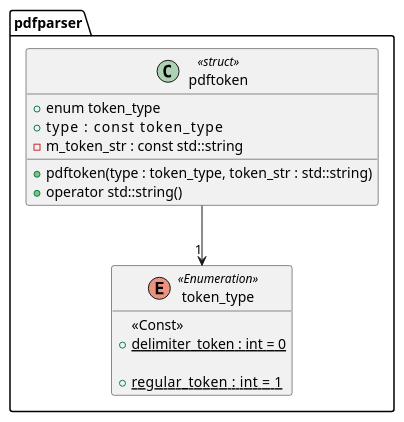
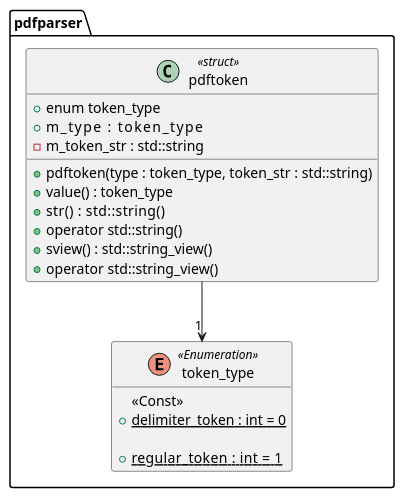
The diagram in document/pdftoken.class.pu (KodaiYM/PDFReader), drawn with PlantUML before and after one commit.

Commit message:
トークンクラス(pdftoken)の機能追加

```diff
--- a/document/pdftoken.class.pu
+++ b/document/pdftoken.class.pu
@@ -1,20 +1,24 @@
 @startuml token_types
 hide empty members
 namespace pdfparser {
 enum token_type <<Enumeration>> {
 	<<Const>>
 	+{static} delimiter_token : int = 0
 
 	' A token comprised of a sequence of consecutive regular characters
 	+{static} regular_token   : int = 1
 }
 class pdftoken <<struct>> {
 	+enum token_type
-	+type        : const token_type
-	-m_token_str : const std::string
+	+m_type        : token_type
+	-m_token_str : std::string
 	+pdftoken(type : token_type, token_str : std::string)
+	+value() : token_type
+	+str()   : std::string()
 	+operator std::string()
+	+sview() : std::string_view()
+	+operator std::string_view()
 }
 pdftoken --> "1" token_type
 }
 @enduml
```
